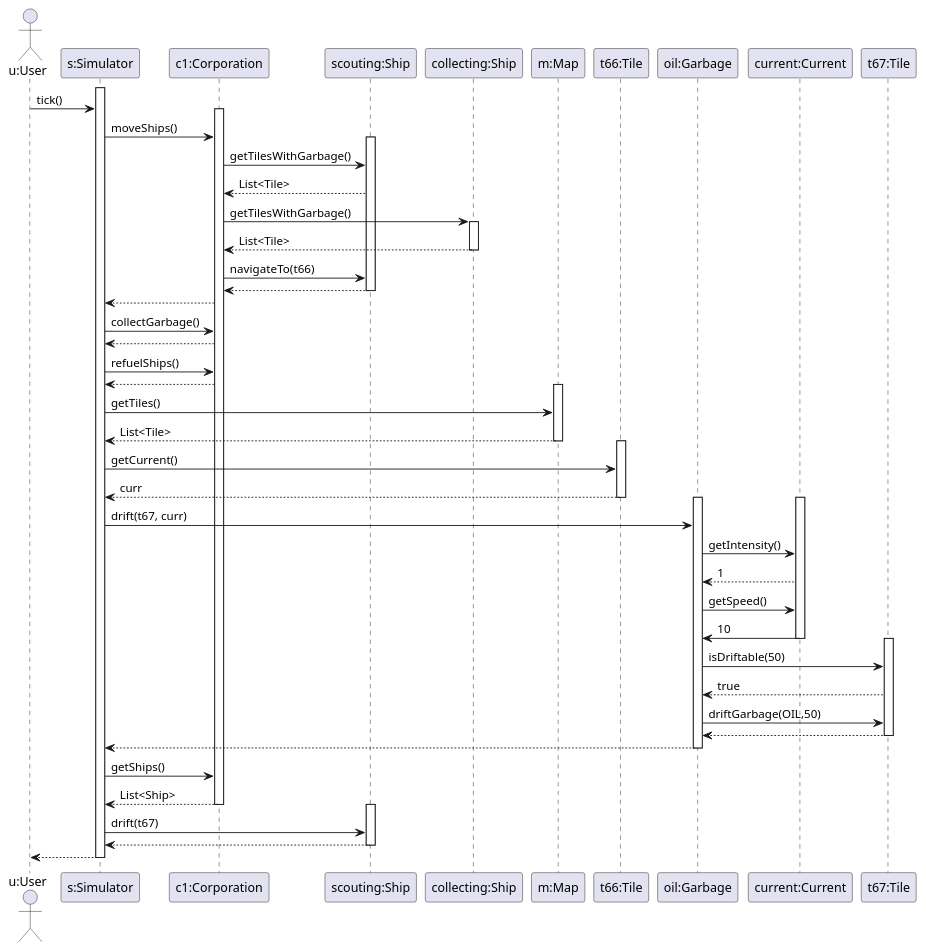
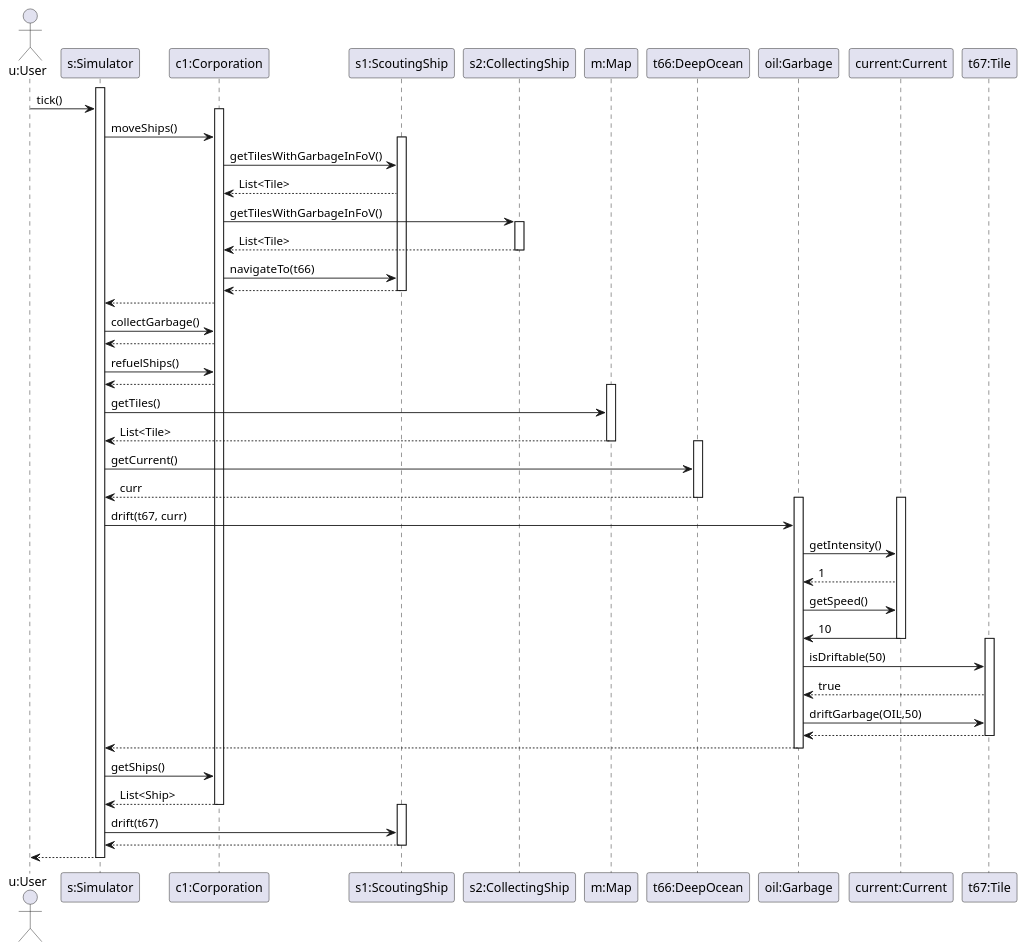
The diagram in sequence.puml (Atharvakore/Save-The-Saardines), drawn with PlantUML before and after one commit. The commit also changed 1 other file, not shown here.

```diff
--- a/sequence.puml
+++ b/sequence.puml
@@ -1,89 +1,93 @@
 @startuml
 actor "u:User" as u
 participant "s:Simulator" as s
 participant "c1:Corporation" as c1
-participant "scouting:Ship" as scouting
-participant "collecting:Ship" as collecting
+participant "s1:ScoutingShip" as scouting
+participant "s2:CollectingShip" as collecting
 participant "m:Map" as m
-participant "t66:Tile" as t66
+participant "t66:DeepOcean" as t66
 participant "oil:Garbage" as oil
 participant "current:Current" as current
 participant "t67:Tile" as t67
 
 
 
 
 activate s
 u -> s: tick()
 activate c1
 s -> c1: moveShips()
 
 activate scouting
-c1 -> scouting: getTilesWithGarbage()
+c1 -> scouting: getTilesWithGarbageInFoV()
 scouting --> c1: List<Tile>
 
-c1 -> collecting: getTilesWithGarbage()
+c1 -> collecting: getTilesWithGarbageInFoV()
 activate collecting
 
 collecting --> c1: List<Tile>
 deactivate collecting
 
 c1 -> scouting: navigateTo(t66)
 scouting --> c1
 deactivate scouting
 
 
 c1 --> s
 
 s -> c1: collectGarbage()
 c1--> s
 
 s -> c1: refuelShips()
 c1--> s
 
 
 activate m
 s -> m: getTiles()
 m --> s : List<Tile>
 deactivate m
 
 activate t66
 s -> t66: getCurrent()
 t66 --> s: curr
 deactivate t66
+
+' Here the problem is: Current can drift more than 1 tile, but we call drift(t67,curr)
+' without actually computing the destination tile, we just assume it goes there and then
+' query getIntensity() and getSpeed() which makes no sense at this point.
 
 activate oil
 activate current
 s -> oil: drift(t67, curr)
 oil -> current: getIntensity()
 current --> oil: 1
 
 
 
 oil -> current: getSpeed()
 current-> oil: 10
 deactivate current
 
 activate t67
 oil -> t67: isDriftable(50)
 t67 --> oil: true
 oil -> t67: driftGarbage(OIL,50)
 t67 --> oil
 deactivate t67
 
 oil --> s
 deactivate oil
 
 
 s -> c1: getShips()
 c1 --> s: List<Ship>
 deactivate c1
 activate scouting
 s -> scouting: drift(t67)
 scouting --> s
 deactivate scouting
 
 s --> u
 deactivate s
 
 @enduml
```
